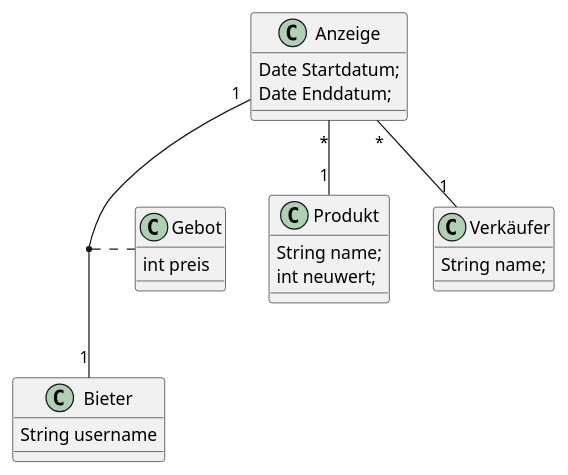
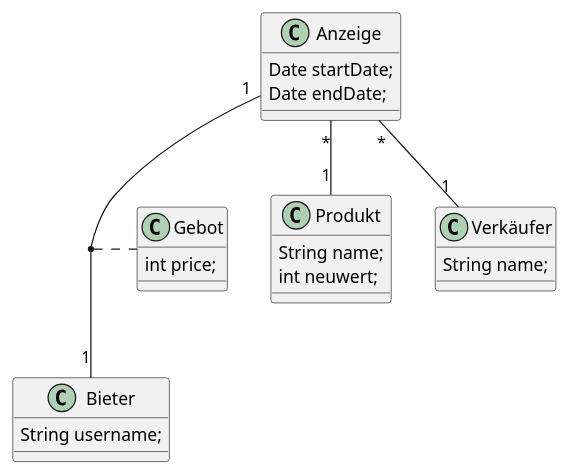
One commit to 2122-3bhitm-itp/02-project-versteigerungs-programm changed the first of 2 diagrams in asciidocs/index.adoc. Above: the diagram before and after it, drawn with PlantUML. The commit also changed other lines of this file, not shown here.

Commit message:
Abänderung Klassendiagramm

```diff
--- a/asciidocs/index.adoc
+++ b/asciidocs/index.adoc
@@ -134,35 +134,35 @@
 [plantuml, Klassen2.puml, svg]
 ----
 'https://plantuml.com/class-diagram
 
 class Anzeige{
-    Date Startdatum;
-    Date Enddatum;
+    Date startDate;
+    Date endDate;
 }
 
 class Produkt{
     String name;
     int neuwert;
 }
 
 class Bieter{
-    String username
+    String username;
 }
 
 class Verkäufer{
     String name;
 }
 
 class Gebot{
-    int preis
+    int price;
 }
 
 Anzeige "*" -- "1" Produkt
 
 Anzeige "*" -- "1"Verkäufer
 
 Anzeige"1" -- "1"Bieter
 
 (Anzeige, Bieter) ... Gebot
 
 ----
```
